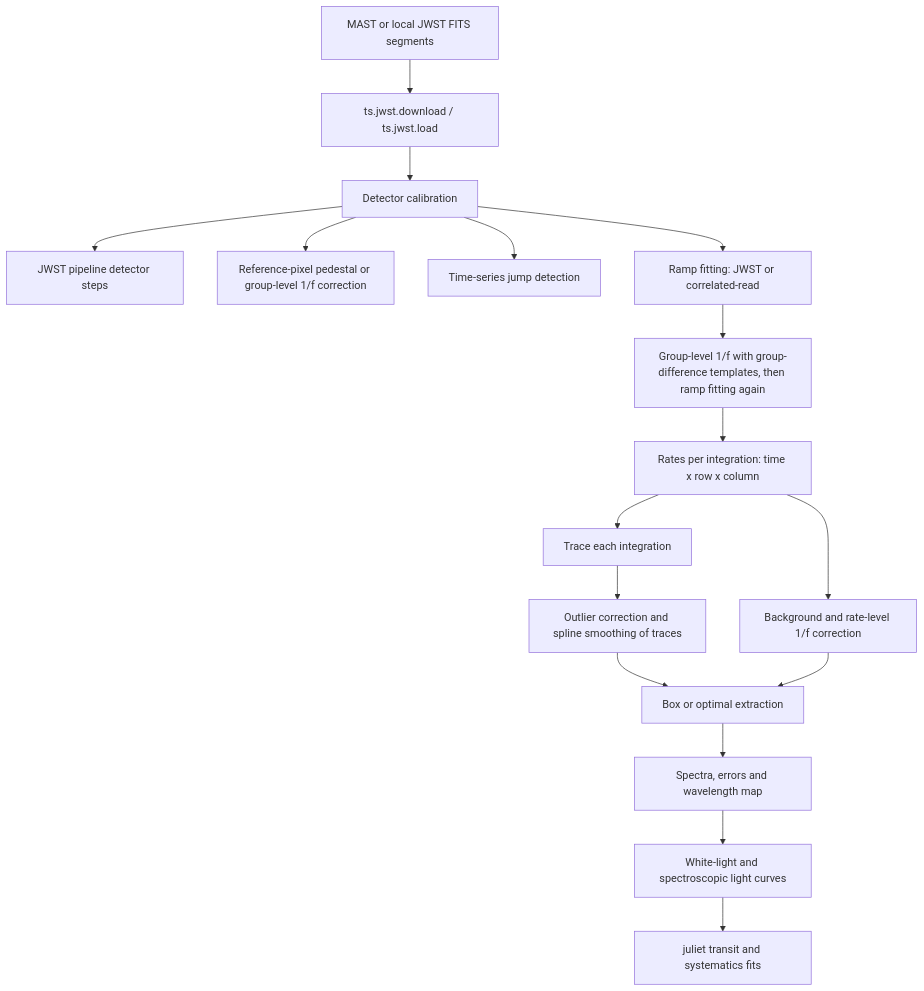
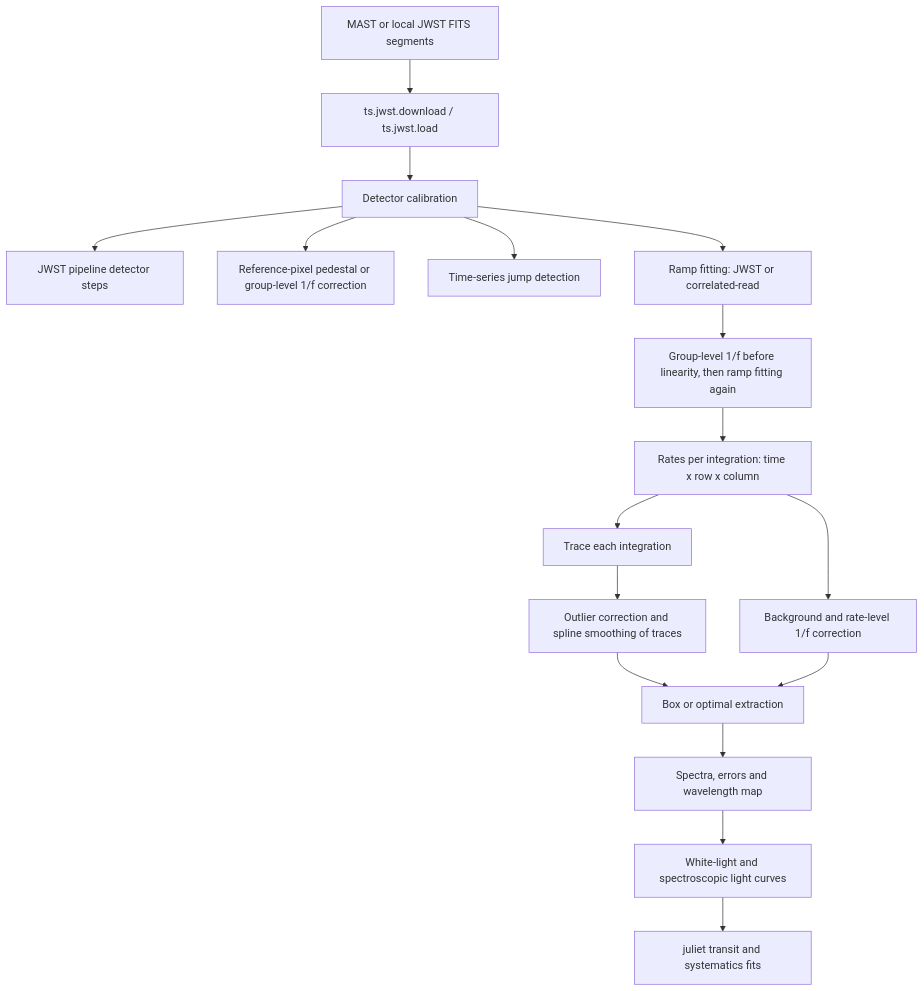
The diagram in docs/concepts.md (nespinoza/transitspectroscopy), drawn with Mermaid before and after one commit. The commit also changed 11 other files, not shown here.

First line of the commit message:
Group-difference 1/f: median group templates, applied before linearity

````diff
--- a/docs/concepts.md
+++ b/docs/concepts.md
@@ -5,19 +5,19 @@
 ```mermaid
 flowchart TD
     A[MAST or local JWST FITS segments] --> B[ts.jwst.download / ts.jwst.load]
     B --> C[Detector calibration]
     C --> C1[JWST pipeline detector steps]
     C --> C2[Reference-pixel pedestal or group-level 1/f correction]
     C --> C3[Time-series jump detection]
     C --> D[Ramp fitting: JWST or correlated-read]
-    D --> D1[Group-level 1/f with group-difference templates, then ramp fitting again]
+    D --> D1[Group-level 1/f before linearity, then ramp fitting again]
     D1 --> E[Rates per integration: time x row x column]
     E --> F[Trace each integration]
     F --> G[Outlier correction and spline smoothing of traces]
     E --> H[Background and rate-level 1/f correction]
     G --> I[Box or optimal extraction]
     H --> I
     I --> J[Spectra, errors and wavelength map]
     J --> K[White-light and spectroscopic light curves]
     K --> L[juliet transit and systematics fits]
 ```
````
